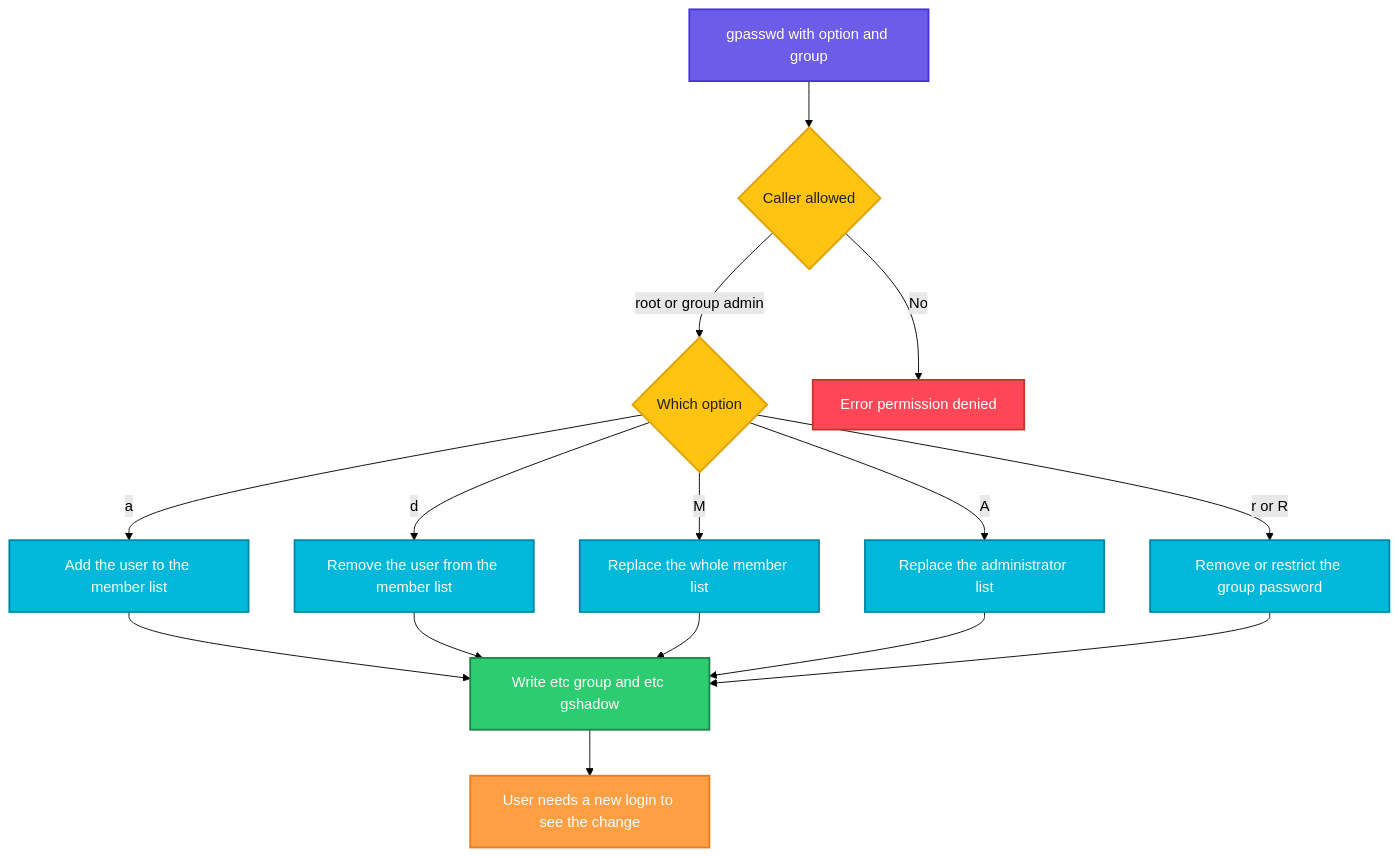
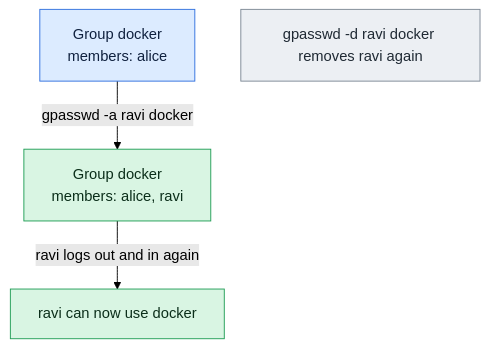
Before and after one commit to codeKerdosTech/DevOps-Documentation: the diagram in linux/user-management/gpasswd.md, drawn with Mermaid (forest theme). The commit also changed other lines of this file and 165 other files, not shown here.

Commit message:
updated diagrams in linux

````diff
--- a/linux/user-management/gpasswd.md
+++ b/linux/user-management/gpasswd.md
@@ -21,30 +21,14 @@
 ```mermaid
 flowchart TD
-    A[gpasswd with option and group] --> B{Caller allowed}
-    B -->|root or group admin| C{Which option}
-    B -->|No| D[Error permission denied]
-    C -->|a| E[Add the user to the member list]
-    C -->|d| F[Remove the user from the member list]
-    C -->|M| G[Replace the whole member list]
-    C -->|A| H[Replace the administrator list]
-    C -->|r or R| I[Remove or restrict the group password]
-    E --> J[Write etc group and etc gshadow]
-    F --> J
-    G --> J
-    H --> J
-    I --> J
-    J --> K[User needs a new login to see the change]
-    classDef start fill:#6C5CE7,stroke:#4834D4,stroke-width:2px,color:#fff
-    classDef proc fill:#00B8D9,stroke:#0087A8,stroke-width:2px,color:#fff
-    classDef dec fill:#FFC312,stroke:#E1A100,stroke-width:2px,color:#222
-    classDef ok fill:#2ECC71,stroke:#1E8449,stroke-width:2px,color:#fff
-    classDef err fill:#FF4757,stroke:#C0392B,stroke-width:2px,color:#fff
-    classDef out fill:#FD79A8,stroke:#E84393,stroke-width:2px,color:#fff
-    classDef alt fill:#FF9F43,stroke:#E67E22,stroke-width:2px,color:#fff
-    class A start
-    class B,C dec
-    class D err
-    class E,F,G,H,I proc
-    class J ok
-    class K alt
+    i1[Group docker<br/>members: alice] -->|gpasswd -a ravi docker| o1[Group docker<br/>members: alice, ravi]
+    o1 -->|ravi logs out and in again| o2[ravi can now use docker]
+    n1[gpasswd -d ravi docker removes ravi again]
+    classDef inp fill:#DCEBFF,stroke:#2F6FDE,color:#10213F
+    classDef cmd fill:#FFF0C2,stroke:#C98A00,color:#3A2A00
+    classDef out fill:#D9F5E3,stroke:#1F9D55,color:#0B2E1A
+    classDef bad fill:#FDE0E0,stroke:#D13B3B,color:#4A0F0F
+    classDef note fill:#ECEFF3,stroke:#7B8794,color:#1F2933
+    class i1 inp
+    class o1,o2 out
+    class n1 note
 ```
````
